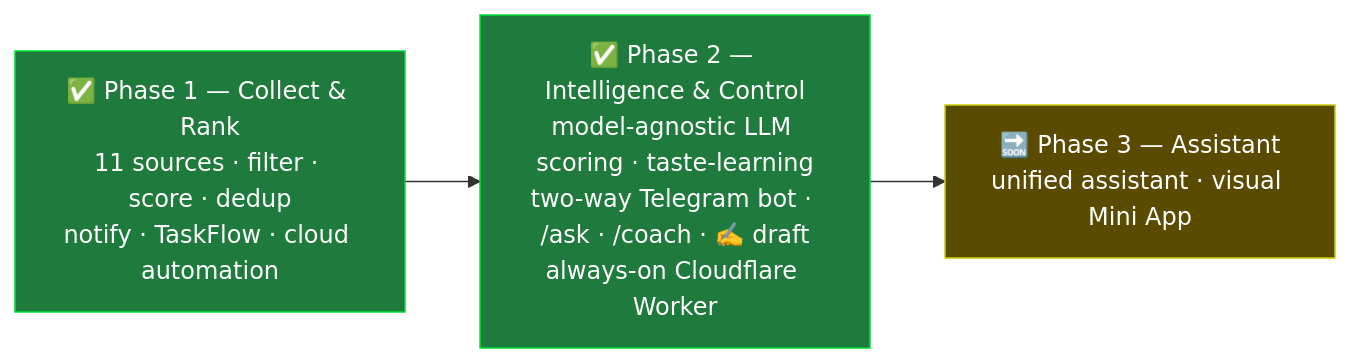
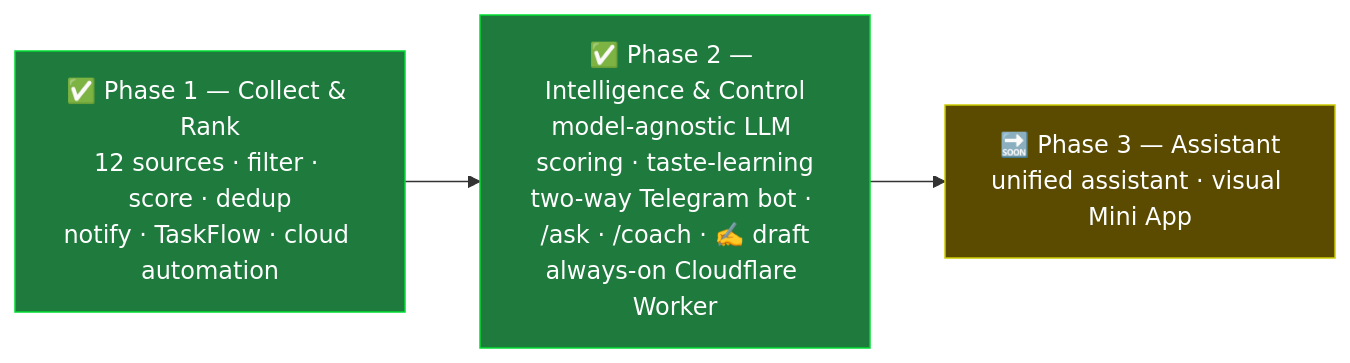
Before and after one commit to Mohith535/opportunity-hunter: the second of 2 diagrams in README.md, drawn with Mermaid. The commit also changed other lines of this file and 9 other files, not shown here.

````diff
--- a/README.md
+++ b/README.md
@@ -108,10 +156,10 @@
 ```mermaid
 flowchart LR
-    P1["✅ Phase 1 — Collect & Rank<br/>11 sources · filter · score · dedup<br/>notify · TaskFlow · cloud automation"]
+    P1["✅ Phase 1 — Collect & Rank<br/>12 sources · filter · score · dedup<br/>notify · TaskFlow · cloud automation"]
     P2["✅ Phase 2 — Intelligence & Control<br/>model-agnostic LLM scoring · taste-learning<br/>two-way Telegram bot · /ask · /coach · ✍️ draft<br/>always-on Cloudflare Worker"]
     P3["🔜 Phase 3 — Assistant<br/>unified assistant · visual Mini App"]
     P1 --> P2 --> P3
     style P1 fill:#1f7a3d,stroke:#0d3,color:#fff
     style P2 fill:#1f7a3d,stroke:#0d3,color:#fff
     style P3 fill:#5a4b00,stroke:#cc0,color:#fff
 ```
````
